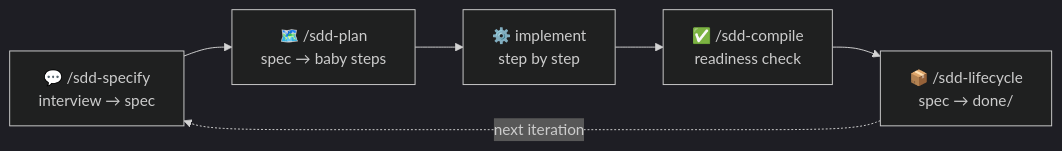
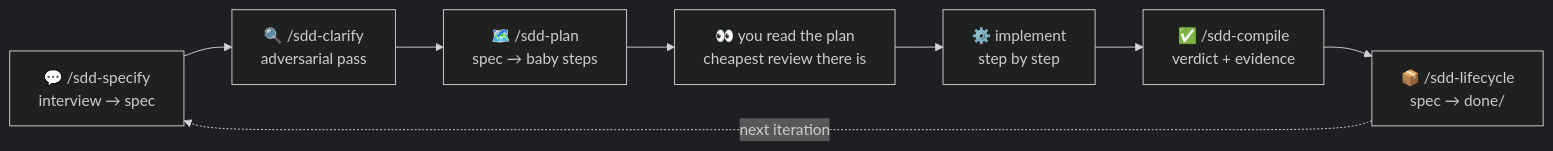
Before and after one commit to GregorBiswanger/featherspec: the diagram in README.md, drawn with Mermaid (dark theme). The commit also changed other lines of this file and 18 other files, not shown here.

````diff
--- a/README.md
+++ b/README.md
@@ -86,8 +86,10 @@
 ```mermaid
 flowchart LR
-  S["💬 /sdd-specify<br/>interview → spec"] --> P["🗺️ /sdd-plan<br/>spec → baby steps"]
-  P --> I["⚙️ implement<br/>step by step"]
-  I --> C["✅ /sdd-compile<br/>readiness check"]
+  S["💬 /sdd-specify<br/>interview → spec"] --> K["🔍 /sdd-clarify<br/>adversarial pass"]
+  K --> P["🗺️ /sdd-plan<br/>spec → baby steps"]
+  P --> R["👀 you read the plan<br/>cheapest review there is"]
+  R --> I["⚙️ implement<br/>step by step"]
+  I --> C["✅ /sdd-compile<br/>verdict + evidence"]
   C --> L["📦 /sdd-lifecycle<br/>spec → done/"]
   L -.->|next iteration| S
 ```
````
